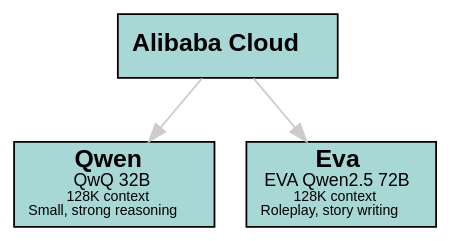
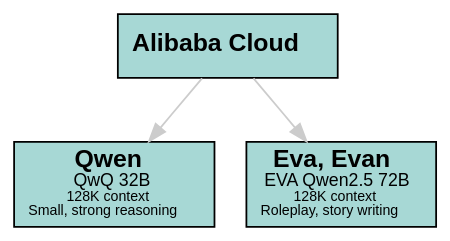
Diagram 11 of 12 in doc/guide.md (sswam/allemande), drawn with Graphviz before and after one commit. The commit also changed other lines of this file and 6 other files, not shown here.

````diff
--- a/doc/guide.md
+++ b/doc/guide.md
@@ -443,14 +443,14 @@
 ```dot
 digraph Alibaba {
     graph [bgcolor=transparent]
     edge [color="#CCCCCC"]
     node [shape=box, style=filled, fillcolor="#A7D8D5", fontname="Helvetica"]
 
     "Alibaba" [label=<<b>Alibaba Cloud</b>>]
     "Qwen" [label=<<b>Qwen</b><br/><font point-size="10">QwQ 32B</font><br/><font point-size="8">128K context</font><br/><font point-size="8">Small, strong reasoning</font>>]
-    "Eva" [label=<<b>Eva</b><br/><font point-size="10">EVA Qwen2.5 72B</font><br/><font point-size="8">128K context</font><br/><font point-size="8">Roleplay, story writing</font>>]
+    "Eva" [label=<<b>Eva, Evan</b><br/><font point-size="10">EVA Qwen2.5 72B</font><br/><font point-size="8">128K context</font><br/><font point-size="8">Roleplay, story writing</font>>]
 
     "Alibaba" -> "Qwen"
     "Alibaba" -> "Eva"
 }
 ```
````
